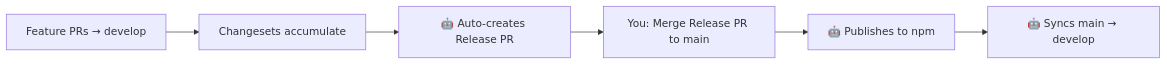
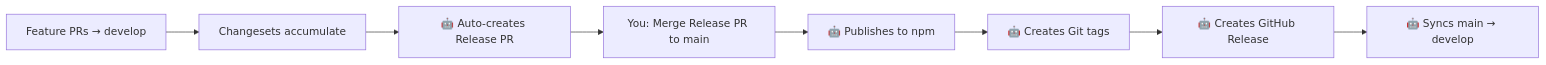
One commit to getcove/cove-js-sdk changed the diagram in CONTRIBUTING.md. Above: the diagram before and after it, drawn with Mermaid. The commit also changed other lines of this file, not shown here.

Commit message:
docs: update CONTRIBUTING.md with GitHub Release automation

````diff
--- a/CONTRIBUTING.md
+++ b/CONTRIBUTING.md
@@ -50,8 +50,10 @@
 ```mermaid
 flowchart LR
     A[Feature PRs → develop] --> B[Changesets accumulate]
     B --> C[🤖 Auto-creates Release PR]
     C --> D[You: Merge Release PR to main]
     D --> E[🤖 Publishes to npm]
-    E --> F[🤖 Syncs main → develop]
+    E --> F[🤖 Creates Git tags]
+    F --> G[🤖 Creates GitHub Release]
+    G --> H[🤖 Syncs main → develop]
 ```
````
